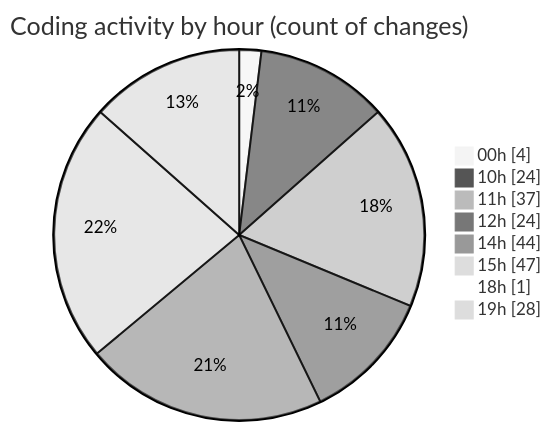
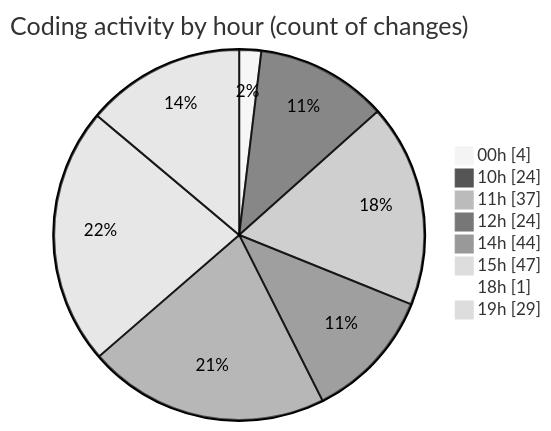
The second of 2 diagrams in 2025-04-04/back-end/README.md (Netris89/code-tracking), drawn with Mermaid (neutral theme) before and after one commit. The commit also changed other lines of this file and 1 other file, not shown here.

````diff
--- a/2025-04-04/back-end/README.md
+++ b/2025-04-04/back-end/README.md
@@ -53,12 +53,12 @@
 ```mermaid
 pie showData
 title Coding activity by hour (count of changes)
 "00h" : 4
 "10h" : 24
 "11h" : 37
 "12h" : 24
 "14h" : 44
 "15h" : 47
 "18h" : 1
-"19h" : 28
+"19h" : 29
 ```
````
